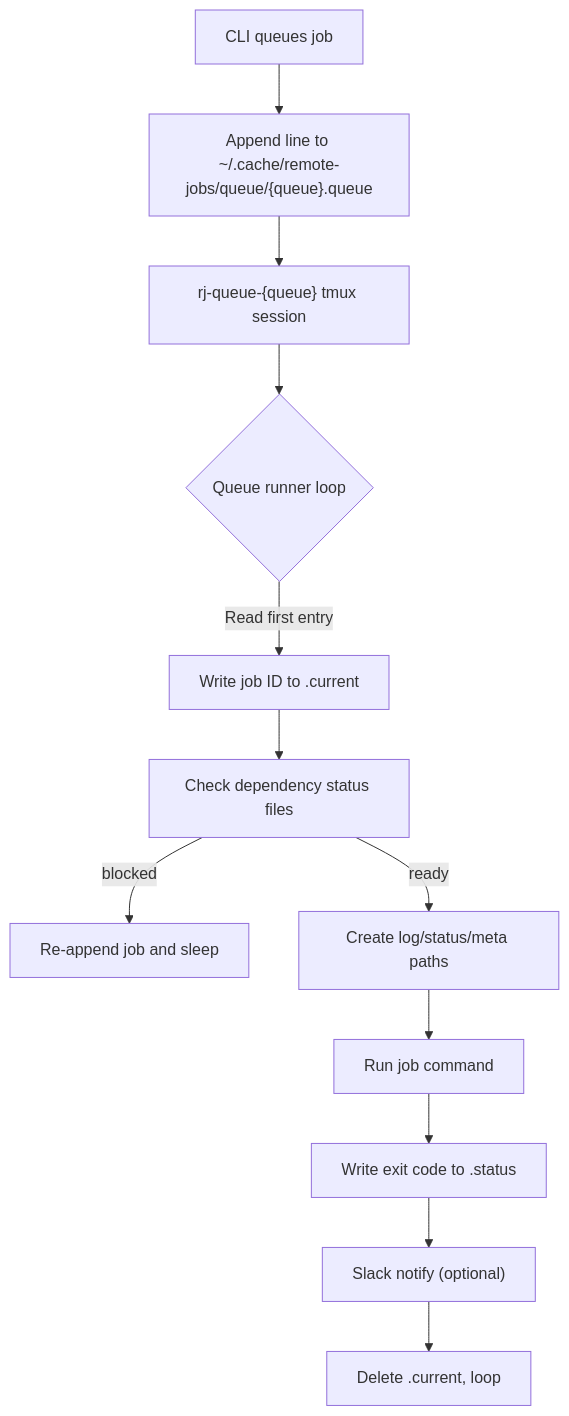
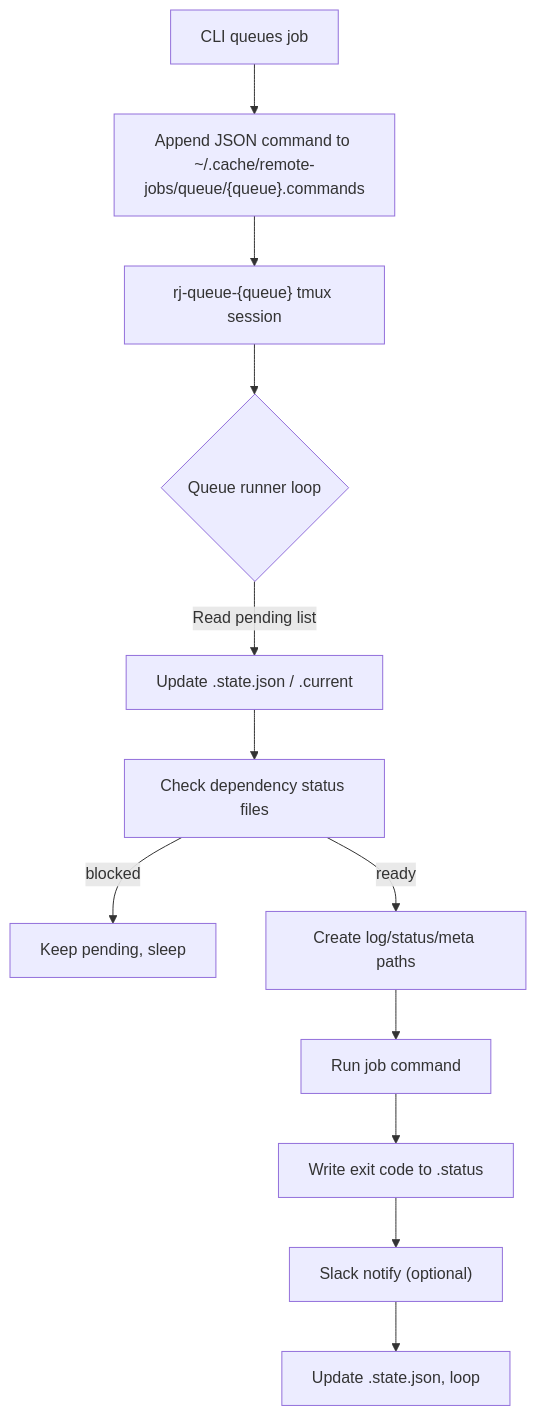
The second of 2 diagrams in docs/architecture.md (osteele/weft), drawn with Mermaid before and after one commit. The commit also changed other lines of this file and 11 other files, not shown here.

````diff
--- a/docs/architecture.md
+++ b/docs/architecture.md
@@ -638,14 +639,14 @@
 ```mermaid
 flowchart TD
-    A[CLI queues job] --> B["Append line to ~/.cache/remote-jobs/queue/{queue}.queue"]
+    A[CLI queues job] --> B["Append JSON command to ~/.cache/remote-jobs/queue/{queue}.commands"]
     B --> C["rj-queue-{queue} tmux session"]
     C --> D{Queue runner loop}
-    D -->|Read first entry| E[Write job ID to .current]
+    D -->|Read pending list| E[Update .state.json / .current]
     E --> F[Check dependency status files]
-    F -->|blocked| G[Re-append job and sleep]
+    F -->|blocked| G[Keep pending, sleep]
     F -->|ready| H[Create log/status/meta paths]
     H --> I[Run job command]
     I --> J[Write exit code to .status]
     J --> K["Slack notify (optional)"]
-    K --> L[Delete .current, loop]
+    K --> L[Update .state.json, loop]
 ```
````
